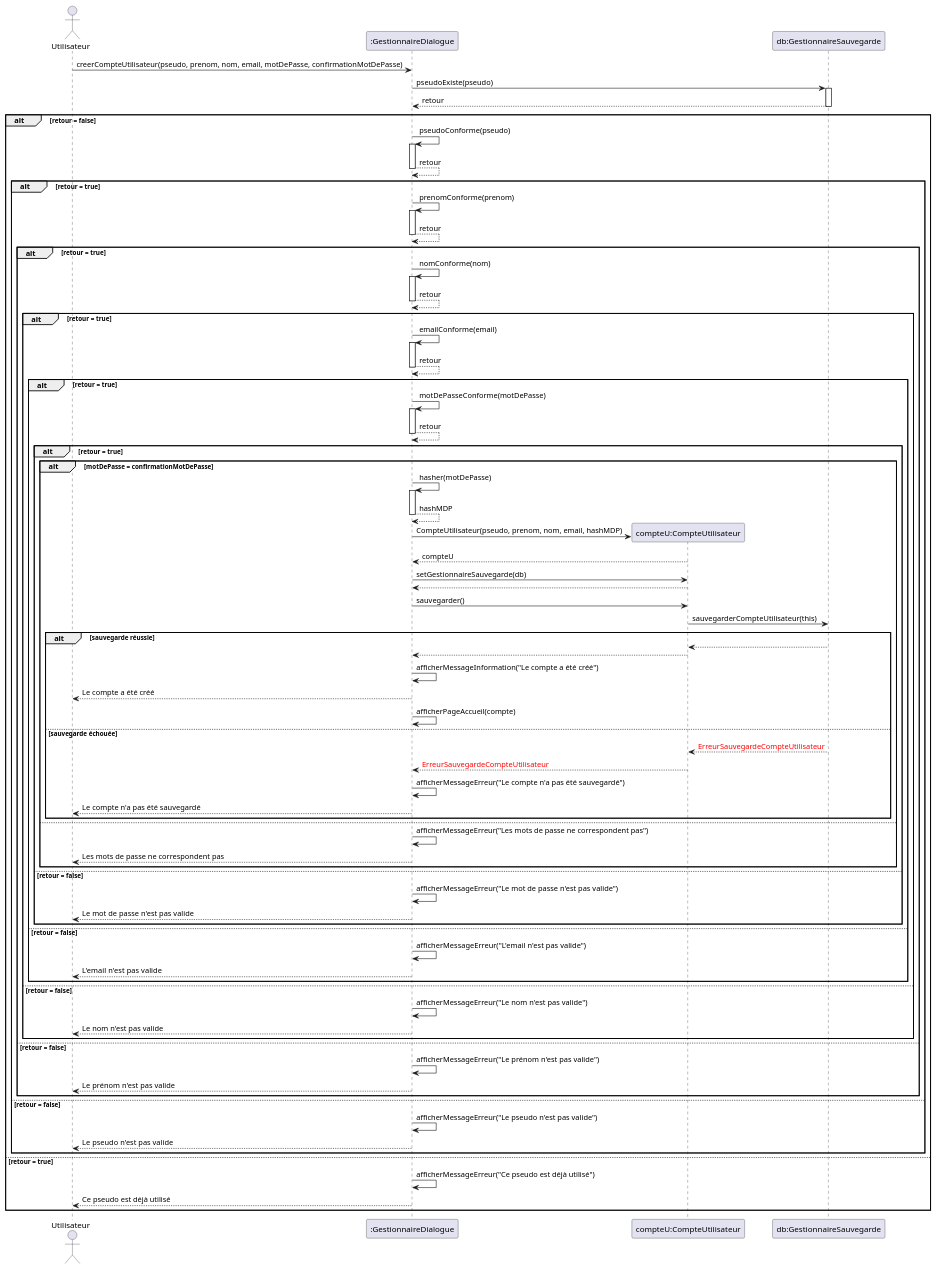
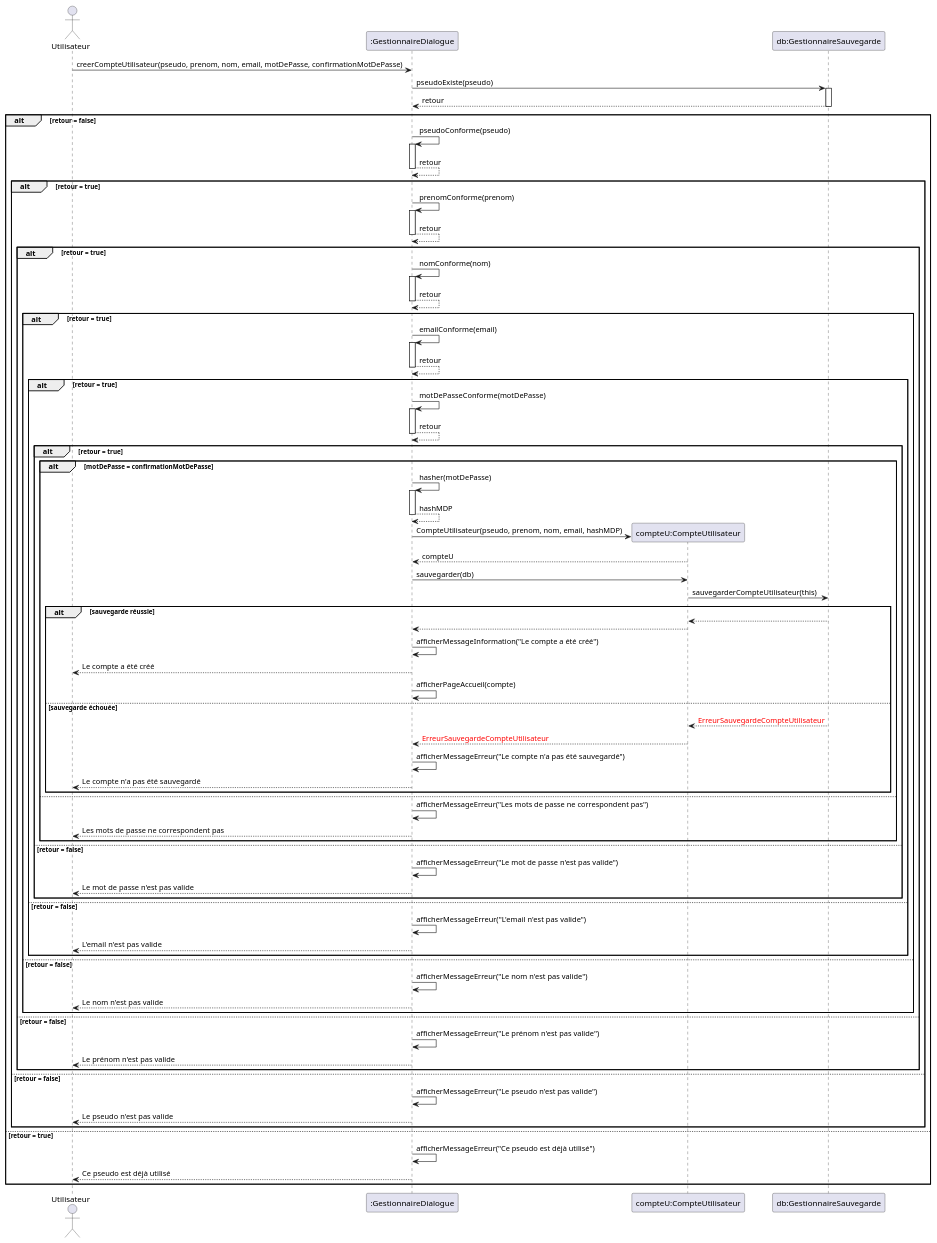
The diagram in diagrammes/conception/creer-compte-utilisateur.puml (lmtb06/sharecount), drawn with PlantUML before and after one commit. The commit also changed 3 other files, not shown here.

Commit message:
- Utilisation du pattern visitor pour le gestionnaire de sauvegarde (diagrammes)

```diff
--- a/diagrammes/conception/creer-compte-utilisateur.puml
+++ b/diagrammes/conception/creer-compte-utilisateur.puml
@@ -1,81 +1,79 @@
 @startuml Creer un compte utilisateur
 actor "Utilisateur" as us
 participant ":GestionnaireDialogue" as gd
 participant "compteU:CompteUtilisateur" as cu
 participant "db:GestionnaireSauvegarde" as gs
 
 us 	-> 	gd : creerCompteUtilisateur(pseudo, prenom, nom, email, motDePasse, confirmationMotDePasse)
 ' verification du pseudo
 gd 	-> gs ++: pseudoExiste(pseudo)
 gs 	--> gd --: retour
 alt retour = false
 gd 	-> 	gd ++: pseudoConforme(pseudo)
 gd 	--> 	gd --: retour
 alt retour = true
 ' verification du prénom
 gd 	-> 	gd ++: prenomConforme(prenom)
 gd 	--> 	gd --: retour
 alt retour = true
 ' verification du nom
 gd 	-> 	gd ++: nomConforme(nom)
 gd 	--> 	gd --: retour
 alt retour = true
 ' verification de l'email
 gd 	-> 	gd ++: emailConforme(email)
 gd 	--> 	gd --: retour
 alt retour = true
 ' verification du mot de passe
 gd 	-> 	gd ++: motDePasseConforme(motDePasse)
 gd 	--> 	gd --: retour
 alt retour = true
 alt motDePasse = confirmationMotDePasse
 gd 	-> gd ++: hasher(motDePasse)
 gd 	--> gd --: hashMDP
 gd 	-> cu **: CompteUtilisateur(pseudo, prenom, nom, email, hashMDP)
 cu 	--> gd --: compteU
-gd 	->	cu : setGestionnaireSauvegarde(db)
-cu 	--> gd :
-gd 	-> cu : sauvegarder()
+gd 	-> cu : sauvegarder(db)
 cu 	-> gs : sauvegarderCompteUtilisateur(this)
 
 alt sauvegarde réussie
 gs 	--> cu :
 cu 	--> gd :
 gd 	-> 	gd : afficherMessageInformation("Le compte a été créé")
 gd 	--> 	us : Le compte a été créé
 gd -> gd : afficherPageAccueil(compte)
 else sauvegarde échouée
 gs 	--> cu : <font color=red>ErreurSauvegardeCompteUtilisateur
 cu 	--> gd : <font color=red>ErreurSauvegardeCompteUtilisateur
 gd 	-> 	gd : afficherMessageErreur("Le compte n'a pas été sauvegardé")
 gd 	--> 	us : Le compte n'a pas été sauvegardé
 end
 else
 gd 	-> 	gd : afficherMessageErreur("Les mots de passe ne correspondent pas")
 gd 	--> 	us : Les mots de passe ne correspondent pas
 end
 else retour = false
 gd 	-> 	gd : afficherMessageErreur("Le mot de passe n'est pas valide")
 gd 	--> 	us : Le mot de passe n'est pas valide
 end
 else retour = false
 gd 	-> 	gd : afficherMessageErreur("L'email n'est pas valide")
 gd 	--> 	us : L'email n'est pas valide
 end
 else retour = false
 gd 	-> 	gd : afficherMessageErreur("Le nom n'est pas valide")
 gd 	--> 	us : Le nom n'est pas valide
 end
 else retour = false
 gd 	-> 	gd : afficherMessageErreur("Le prénom n'est pas valide")
 gd 	--> 	us : Le prénom n'est pas valide
 end
 else retour = false
 gd 	-> 	gd : afficherMessageErreur("Le pseudo n'est pas valide")
 gd 	--> 	us : Le pseudo n'est pas valide
 end
 else retour = true
 gd 	-> 	gd : afficherMessageErreur("Ce pseudo est déjà utilisé")
 gd 	--> 	us : Ce pseudo est déjà utilisé
 end
 @enduml
```
